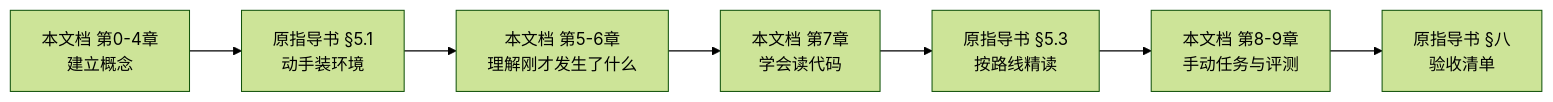
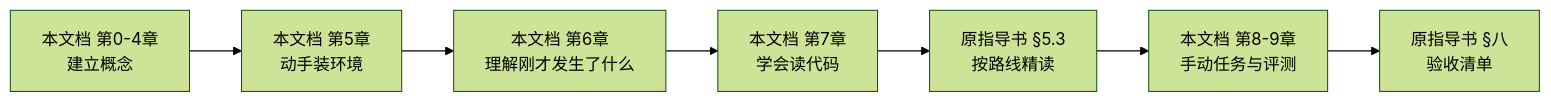
One commit to BewhL-L/FullStackEngineeringKnowledgeBase changed the first of 5 diagrams in 99-项目实战/企业级智能知识库 + AI Agent 平台/项目前期构建/项目学习指导书-零基础精讲版.md. Above: the diagram before and after it, drawn with Mermaid (forest theme). The commit also changed other lines of this file and 2 other files, not shown here.

````diff
--- a/99-项目实战/企业级智能知识库 + AI Agent 平台/项目前期构建/项目学习指导书-零基础精讲版.md
+++ b/99-项目实战/企业级智能知识库 + AI Agent 平台/项目前期构建/项目学习指导书-零基础精讲版.md
@@ -48,9 +50,9 @@
 ```mermaid
 flowchart LR
-    A[本文档 第0-4章<br/>建立概念] --> B[原指导书 §5.1<br/>动手装环境]
-    B --> C[本文档 第5-6章<br/>理解刚才发生了什么]
+    A[本文档 第0-4章<br/>建立概念] --> B[本文档 第5章<br/>动手装环境]
+    B --> C[本文档 第6章<br/>理解刚才发生了什么]
     C --> D[本文档 第7章<br/>学会读代码]
     D --> E[原指导书 §5.3<br/>按路线精读]
     E --> F[本文档 第8-9章<br/>手动任务与评测]
     F --> G[原指导书 §八<br/>验收清单]
 ```
````
